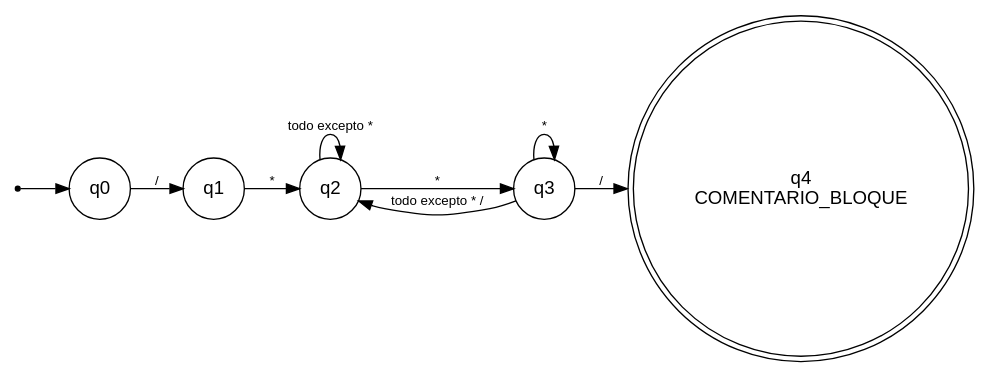
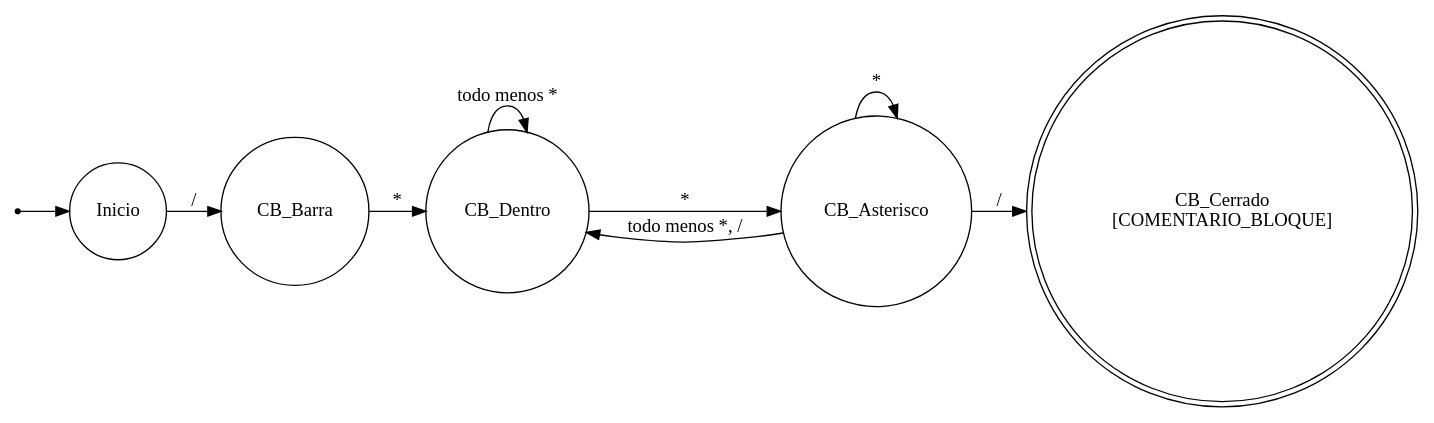
Before and after one commit to Insert-name-115/Tarea-de-teoria-de-computacion: the diagram in docs/automatas/comentario_bloque.dot, drawn with Graphviz. The commit also changed 19 other files, not shown here.

```diff
--- a/docs/automatas/comentario_bloque.dot
+++ b/docs/automatas/comentario_bloque.dot
@@ -1,18 +1,17 @@
-digraph "COMENTARIO_BLOQUE" {
-  rankdir=LR;
-  node [fontname="Helvetica"]; edge [fontname="Helvetica", fontsize=10];
-  inicio [shape=point, label=""];
-  q0 [shape=circle];
-  q1 [shape=circle];
-  q2 [shape=circle];
-  q3 [shape=circle];
-  q4 [shape=doublecircle, label="q4\nCOMENTARIO_BLOQUE"];
-  inicio -> q0;
-  q0 -> q1 [label="/"];
-  q1 -> q2 [label="*"];
-  q2 -> q2 [label="todo excepto *"];
-  q2 -> q3 [label="*"];
-  q3 -> q3 [label="*"];
-  q3 -> q2 [label="todo excepto * /"];
-  q3 -> q4 [label="/"];
+digraph COMENTARIO_BLOQUE {
+	rankdir=LR
+	"" [shape=point]
+	CB_Asterisco [label=CB_Asterisco penwidth=1 shape=circle]
+	CB_Barra [label=CB_Barra penwidth=1 shape=circle]
+	CB_Cerrado [label="CB_Cerrado\n[COMENTARIO_BLOQUE]" penwidth=1 shape=doublecircle]
+	CB_Dentro [label=CB_Dentro penwidth=1 shape=circle]
+	Inicio [label=Inicio penwidth=1 shape=circle]
+	"" -> Inicio
+	Inicio -> CB_Barra [label="/"]
+	CB_Barra -> CB_Dentro [label="*"]
+	CB_Dentro -> CB_Dentro [label="todo menos *"]
+	CB_Dentro -> CB_Asterisco [label="*"]
+	CB_Asterisco -> CB_Asterisco [label="*"]
+	CB_Asterisco -> CB_Dentro [label="todo menos *, /"]
+	CB_Asterisco -> CB_Cerrado [label="/"]
 }
```
